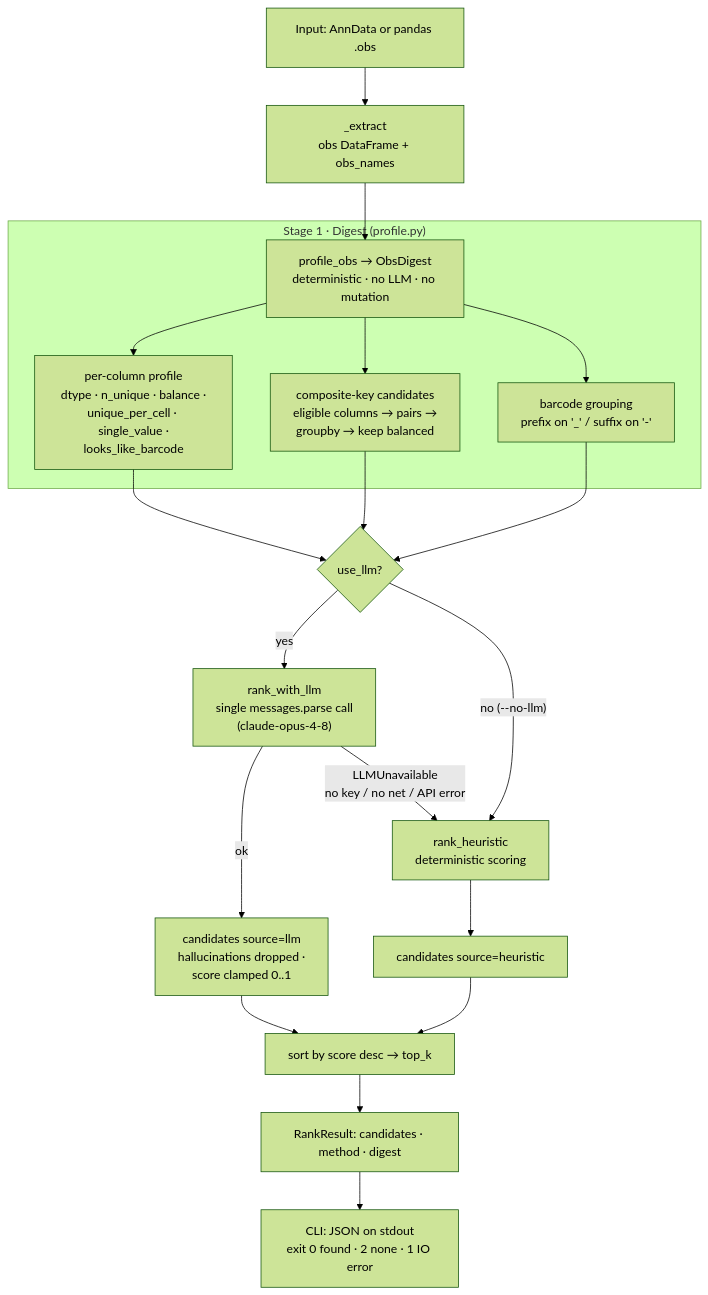
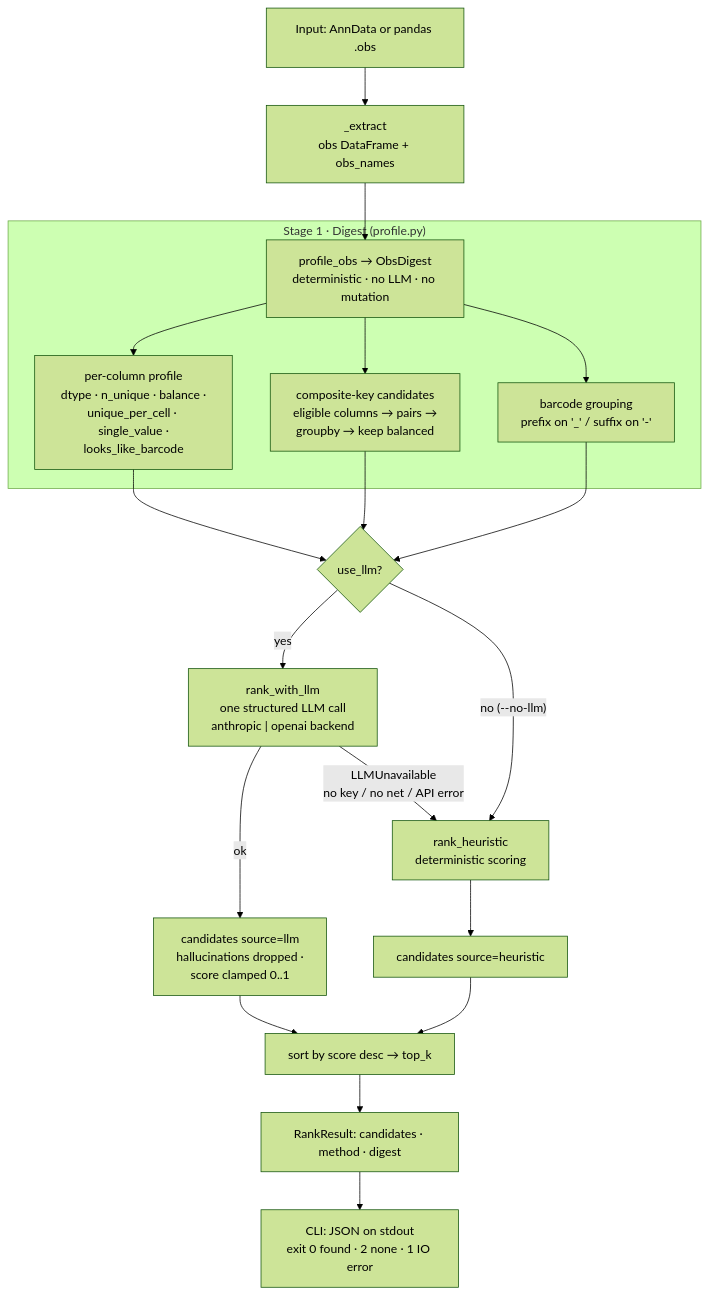
One commit to chansigit/stanmetacols changed the diagram in README.md. Above: the diagram before and after it, drawn with Mermaid (forest theme). The commit also changed other lines of this file, not shown here.

````diff
--- a/README.md
+++ b/README.md
@@ -156,26 +156,26 @@
 ```mermaid
 flowchart TD
     A["Input: AnnData or pandas .obs"] --> B["_extract<br/>obs DataFrame + obs_names"]
     B --> C["profile_obs → ObsDigest<br/>deterministic · no LLM · no mutation"]
 
     subgraph DIGEST ["Stage 1 · Digest (profile.py)"]
         C --> C1["per-column profile<br/>dtype · n_unique · balance ·<br/>unique_per_cell · single_value ·<br/>looks_like_barcode"]
         C --> C2["composite-key candidates<br/>eligible columns → pairs →<br/>groupby → keep balanced"]
         C --> C3["barcode grouping<br/>prefix on '_' / suffix on '-'"]
     end
 
     C1 --> D{"use_llm?"}
     C2 --> D
     C3 --> D
 
-    D -- "yes" --> E["rank_with_llm<br/>single messages.parse call<br/>(claude-opus-4-8)"]
+    D -- "yes" --> E["rank_with_llm<br/>one structured LLM call<br/>anthropic | openai backend"]
     E -- "ok" --> G["candidates source=llm<br/>hallucinations dropped ·<br/>score clamped 0..1"]
     E -- "LLMUnavailable<br/>no key / no net / API error" --> F["rank_heuristic<br/>deterministic scoring"]
     D -- "no (--no-llm)" --> F
     F --> H["candidates source=heuristic"]
 
     G --> I["sort by score desc → top_k"]
     H --> I
     I --> J["RankResult: candidates · method · digest"]
     J --> K["CLI: JSON on stdout<br/>exit 0 found · 2 none · 1 IO error"]
 ```
````
